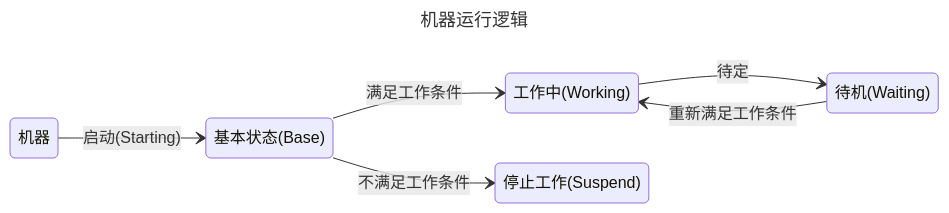
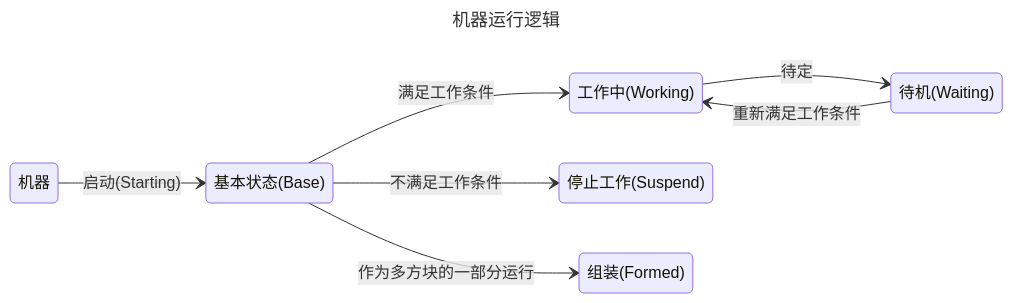
The diagram in docs/zh/mods/custom/MBD2/SingleBlockBasic.md (CrychicTeam/CrychicDoc), drawn with Mermaid before and after one commit. The commit also changed other lines of this file and 3 other files, not shown here.

````diff
--- a/docs/zh/mods/custom/MBD2/SingleBlockBasic.md
+++ b/docs/zh/mods/custom/MBD2/SingleBlockBasic.md
@@ -18,12 +18,13 @@
 ```mermaid
 ---
 title: 机器运行逻辑
 ---
 stateDiagram-v2
     direction LR
     机器 --> 基本状态(Base): 启动(Starting)
     基本状态(Base) --> 工作中(Working): 满足工作条件
     工作中(Working) --> 待机(Waiting): 待定
     待机(Waiting) --> 工作中(Working): 重新满足工作条件
     基本状态(Base) --> 停止工作(Suspend): 不满足工作条件
+    基本状态(Base) -->  组装(Formed): 作为多方块的一部分运行
 ```
````
